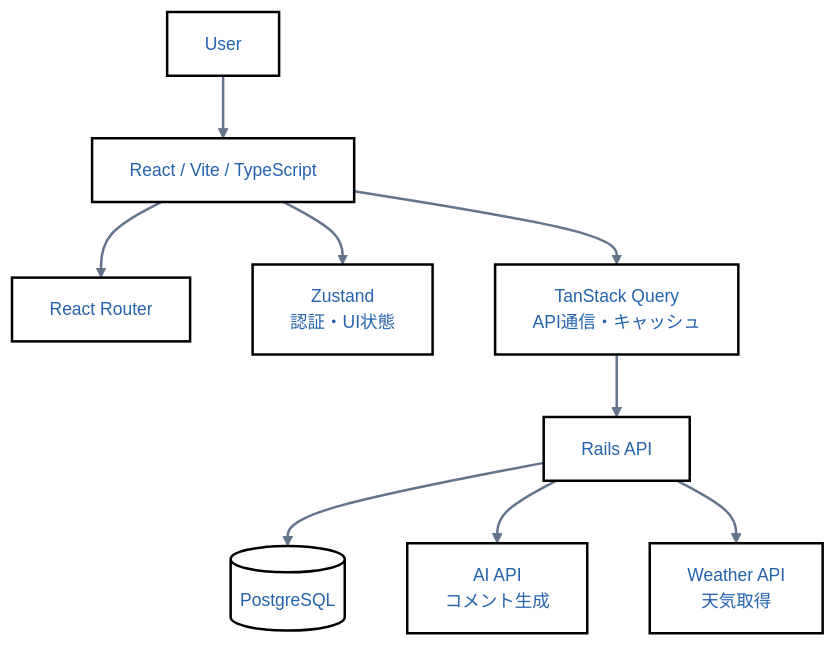
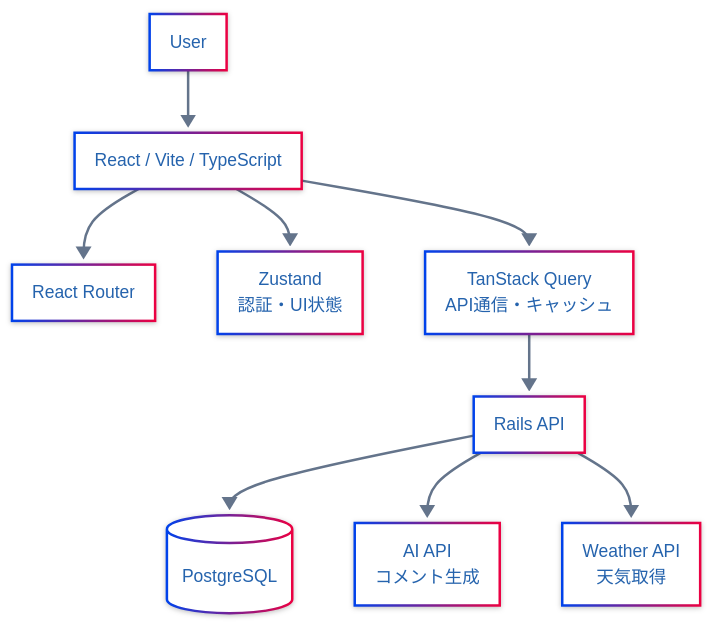
The first of 2 diagrams in README.md (yuji-2293/ColorMirror_Re), drawn with Mermaid before and after one commit. The commit also changed other lines of this file, not shown here.

````diff
--- a/README.md
+++ b/README.md
@@ -5,33 +5,33 @@
 ```mermaid
 ---
 config:
 
   theme: neo
 
-  look: classic
+  look: neo
 
   layout: fixed
 
   themeVariables:
 
     primaryColor: "#2563eb"
 
     primaryTextColor: "#2563ad"
 
     primaryBorderColor: "#1d4ed8"
 
     lineColor: "#64748b"
 
     secondaryColor: "#f8fafc"
 
     tertiaryColor: "#e2e8f0"
 
     fontFamily: "Inter"   
 ---
 flowchart TB
     User["User"] --> React["React / Vite / TypeScript"]
     React --> Router["React Router"] & Zustand["Zustand<br>認証・UI状態"] & Query["TanStack Query<br>API通信・キャッシュ"]
     Query --> Rails["Rails API"]
     Rails --> DB[("PostgreSQL")] & AI["AI API<br>コメント生成"] & Weather["Weather API<br>天気取得"]
     
 ```
````
